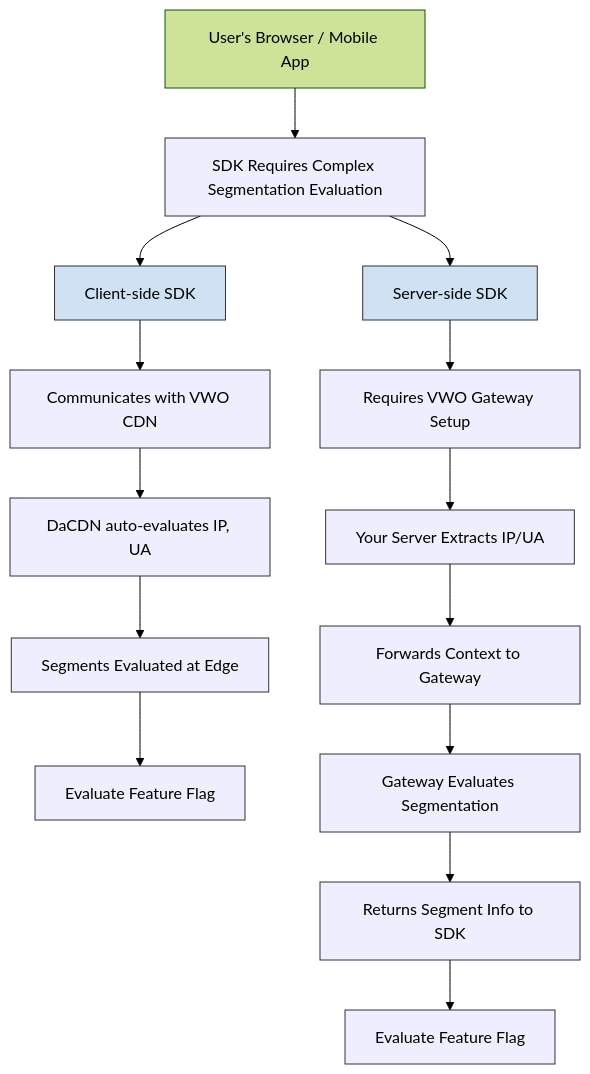
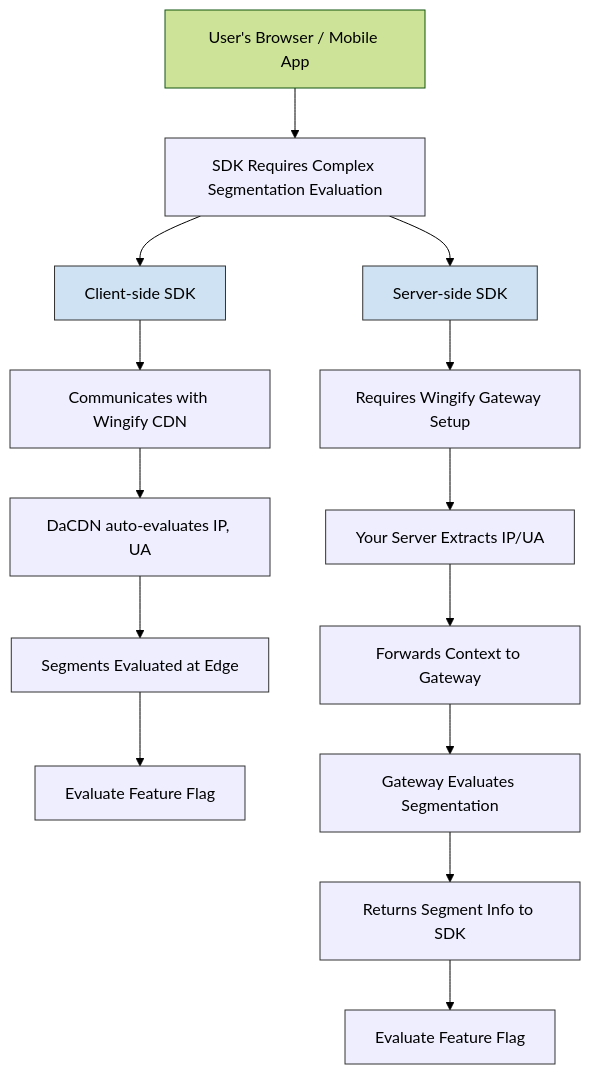
The diagram in docs/Concepts/fme-segment-evaluation-client-vs-server-side.md (wingify/readme-central), drawn with Mermaid (forest theme) before and after one commit. The commit also changed other lines of this file and 232 other files, not shown here.

Commit message:
VWO -> Wingify branding

````diff
--- a/docs/Concepts/fme-segment-evaluation-client-vs-server-side.md
+++ b/docs/Concepts/fme-segment-evaluation-client-vs-server-side.md
@@ -22,29 +22,29 @@
 ```mermaid
 flowchart TD
     A[User's Browser / Mobile App] --> B[SDK Requires Complex Segmentation Evaluation]
     B --> C[Client-side SDK]
     B --> C2[Server-side SDK]
 
     %% Client-Side SDK Branch
-    C --> D[Communicates with VWO CDN]
+    C --> D[Communicates with Wingify CDN]
     D --> E[DaCDN auto-evaluates IP, UA]
     E --> F[Segments Evaluated at Edge]
     F --> G[Evaluate Feature Flag]
 
     %% Server-Side SDK Branch
-    C2 --> H[Requires VWO Gateway Setup]
+    C2 --> H[Requires Wingify Gateway Setup]
     H --> I[Your Server Extracts IP/UA]
     I --> J[Forwards Context to Gateway]
     J --> K[Gateway Evaluates Segmentation]
     K --> L[Returns Segment Info to SDK]
     L --> M[Evaluate Feature Flag]
 
     %% Styling
     class B,D,E,F,G,H,I,J,K,L,M step;
     class C decision;
     class C2 decision;
 
     classDef step fill:#eef,stroke:#333,stroke-width:1px,color:#000;
     classDef decision fill:#cfe2f3,stroke:#333,stroke-width:1px,color:#000;
 
 ```
````
